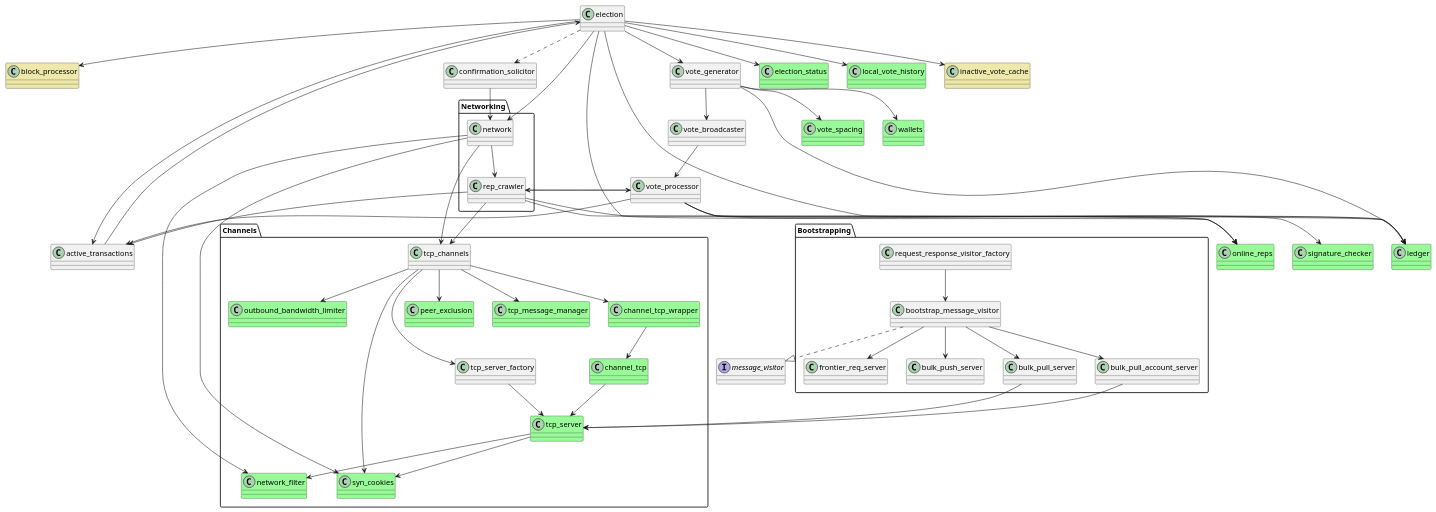
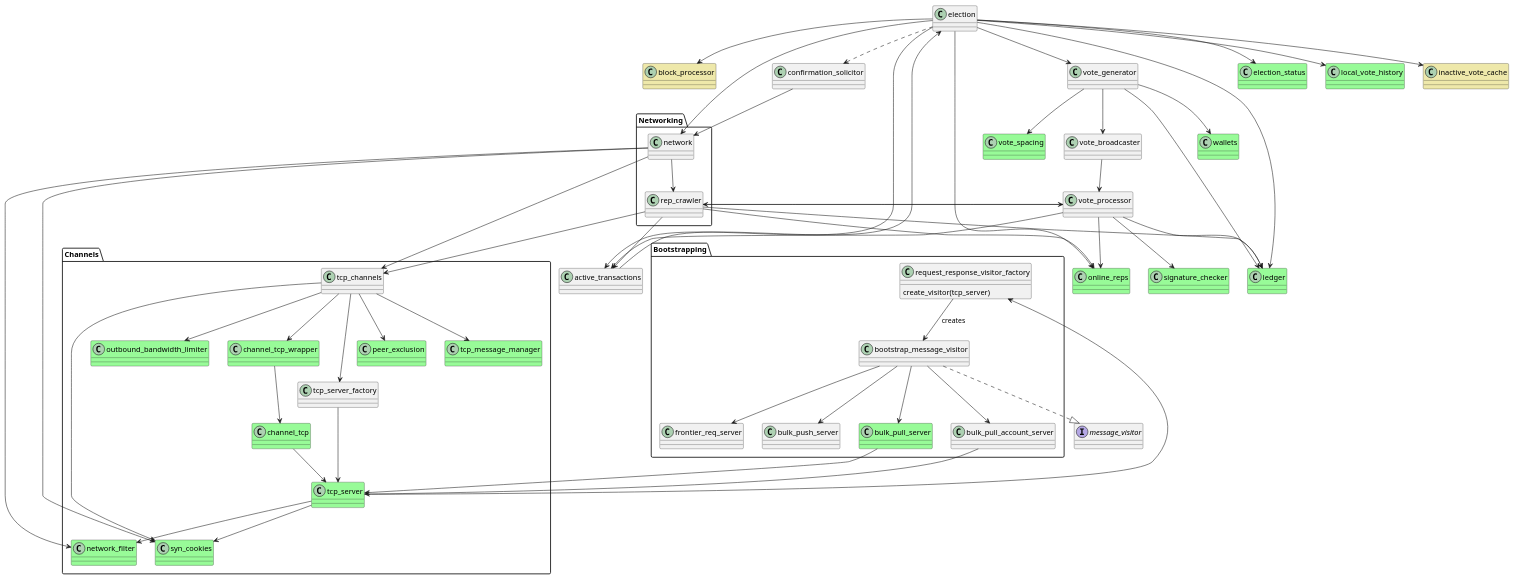
Before and after one commit to stjet/rsban-node: the diagram in rust/doc/port_blockprocessor.puml, drawn with PlantUML. The commit also changed 2 other files, not shown here.

```diff
--- a/rust/doc/port_blockprocessor.puml
+++ b/rust/doc/port_blockprocessor.puml
@@ -1,109 +1,112 @@
 @startuml "Port Blockprocessor"
 class block_processor #PaleGoldenRod
 class active_transactions
 class election
 class confirmation_solicitor
 class election_status #PaleGreen
 class online_reps #PaleGreen
 class ledger #PaleGreen
 class vote_generator
 class vote_broadcaster
 class vote_processor
 class vote_spacing #PaleGreen
 class wallets #PaleGreen
 class local_vote_history #PaleGreen
 class inactive_vote_cache #PaleGoldenRod
 class signature_checker #PaleGreen
 
 interface message_visitor
 
 package "Networking"{
 class network
 class rep_crawler
 }
 
 package "Channels"{
 class peer_exclusion #PaleGreen
 class tcp_message_manager #PaleGreen
 class channel_tcp_wrapper #PaleGreen
 class channel_tcp #PaleGreen
 class outbound_bandwidth_limiter #PaleGreen
 class syn_cookies #PaleGreen
 class tcp_server #PaleGreen
 class tcp_channels
 class tcp_server_factory
 class network_filter #PaleGreen
 }
 
 package "Bootstrapping"{
-    class bulk_pull_server
+    class bulk_pull_server #PaleGreen
     class bulk_pull_account_server
     class frontier_req_server
     class bulk_push_server
     class bootstrap_message_visitor
-    class request_response_visitor_factory
+    class request_response_visitor_factory {
+        create_visitor(tcp_server)
+    }
 }
 
 active_transactions --> election
 confirmation_solicitor --> network
 
 election --> active_transactions
 election --> election_status
 election --> online_reps
 election --> ledger
 election --> block_processor
 election --> vote_generator
 election --> network
 election --> local_vote_history
 election --> inactive_vote_cache
 election ..> confirmation_solicitor
 
 vote_generator --> vote_broadcaster
 vote_broadcaster --> vote_processor
 vote_generator --> vote_spacing
 vote_generator --> ledger
 vote_generator --> wallets
 
 vote_processor --> signature_checker
 vote_processor --> active_transactions
 vote_processor --> online_reps
 vote_processor --> rep_crawler 
 vote_processor --> ledger
 
 rep_crawler --> tcp_channels
 rep_crawler --> online_reps
 rep_crawler --> ledger
 rep_crawler --> active_transactions
 rep_crawler --> vote_processor
 
 network --> network_filter
 network --> tcp_channels
 network --> rep_crawler
 network --> syn_cookies
 
 tcp_channels --> tcp_server_factory
 tcp_channels --> outbound_bandwidth_limiter
 tcp_channels --> syn_cookies
 tcp_channels --> tcp_message_manager
 tcp_channels --> channel_tcp_wrapper
 tcp_channels --> peer_exclusion
 
 tcp_server_factory --> tcp_server
 tcp_server --> syn_cookies
 tcp_server --> network_filter
+tcp_server --> request_response_visitor_factory
 
 channel_tcp_wrapper --> channel_tcp
 channel_tcp --> tcp_server
 
 bulk_pull_server --> tcp_server
 bulk_pull_account_server --> tcp_server
 
 bootstrap_message_visitor ..|> message_visitor
 bootstrap_message_visitor --> bulk_pull_account_server
 bootstrap_message_visitor --> bulk_pull_server
 bootstrap_message_visitor --> frontier_req_server
 bootstrap_message_visitor --> bulk_push_server
 
-request_response_visitor_factory --> bootstrap_message_visitor
+request_response_visitor_factory --> bootstrap_message_visitor: creates
 
 @enduml
```
